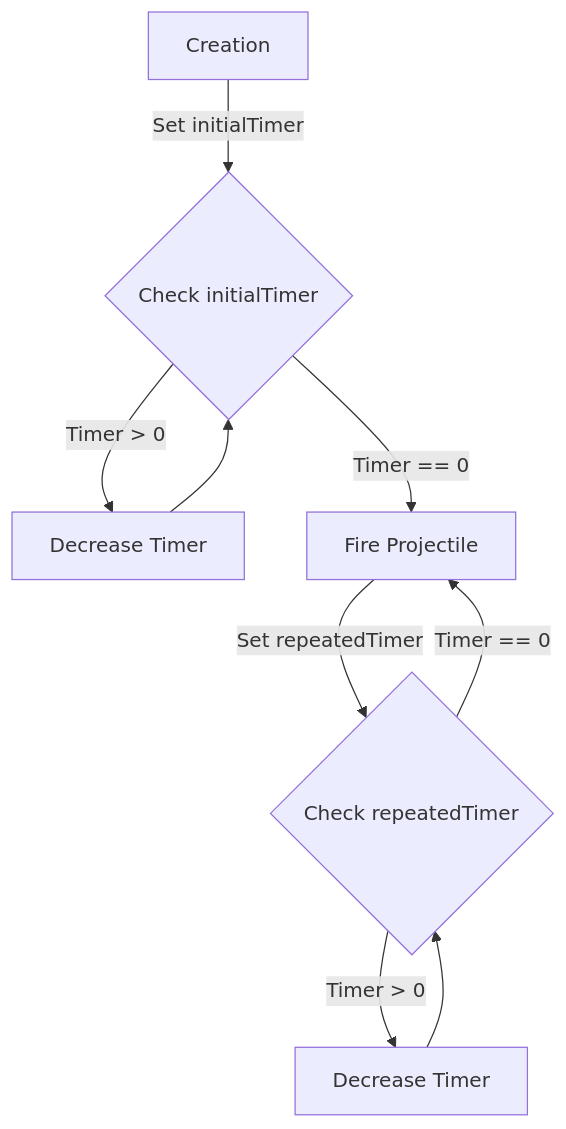
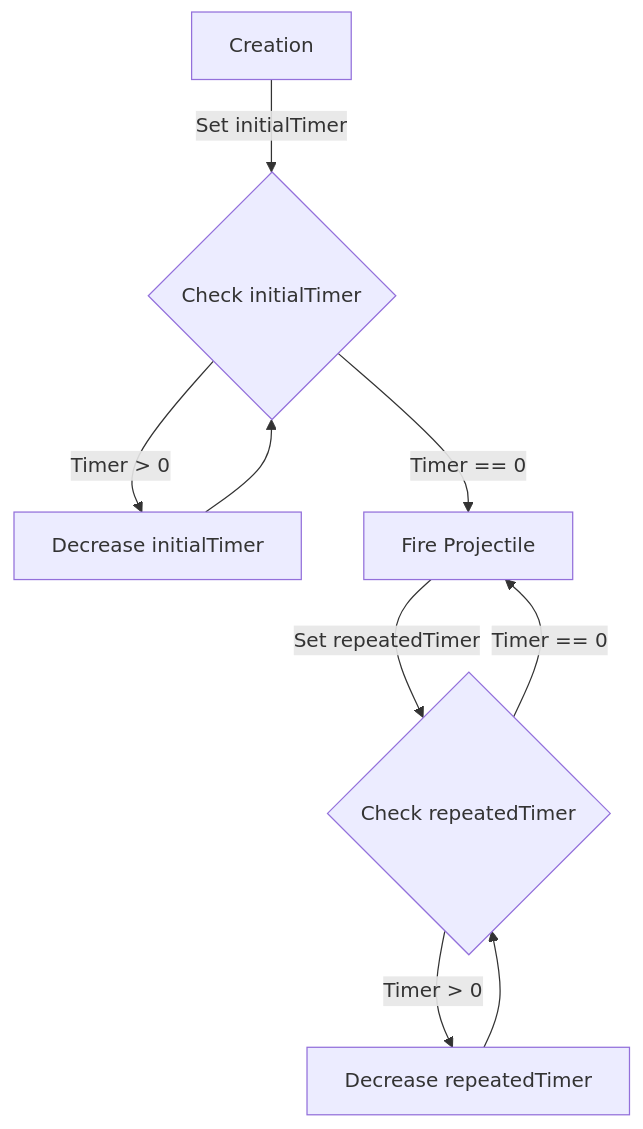
One commit to Miepee/AM2R-Technical-Wiki changed the diagram in content/enemies/wallfire.md. Above: the diagram before and after it, drawn with Mermaid. The commit also changed other lines of this file, not shown here.

Commit message:
more typo fix

```diff
--- a/content/enemies/wallfire.md
+++ b/content/enemies/wallfire.md
@@ -38,11 +38,11 @@
 {{< mermaid class="text-center">}}
 graph TB
     A[Creation] -->|Set initialTimer| B{Check initialTimer}
-    B -->|Timer > 0| C[Decrease Timer]
+    B -->|Timer > 0| C[Decrease initialTimer]
     C --> B
     B -->|Timer == 0| D[Fire Projectile]
     D -->|Set repeatedTimer| E{Check repeatedTimer}
-    E -->|Timer > 0| F[Decrease Timer]
+    E -->|Timer > 0| F[Decrease repeatedTimer]
     F --> E
     E -->|Timer == 0| D
 {{< /mermaid >}}
```
